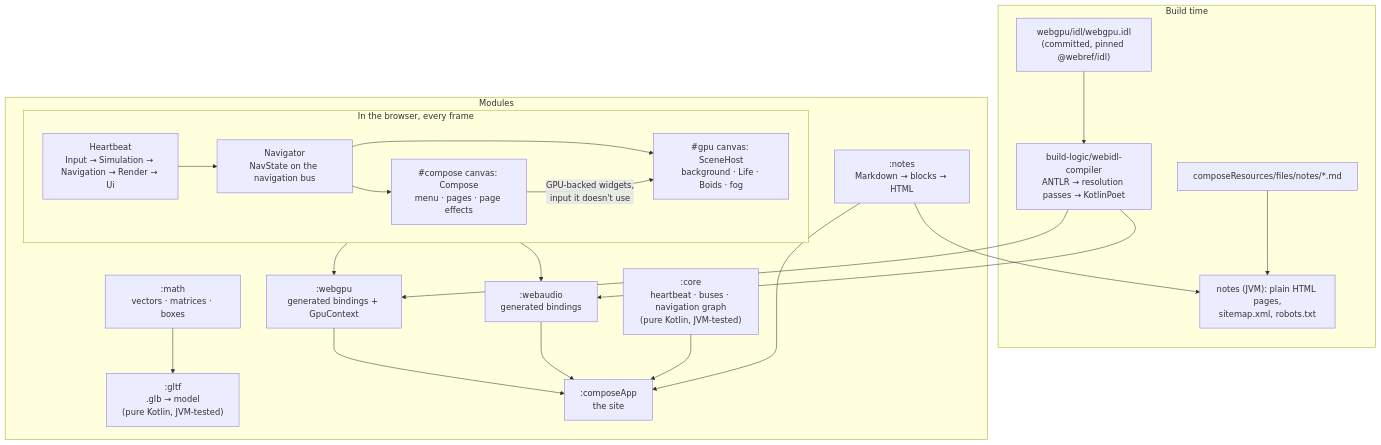
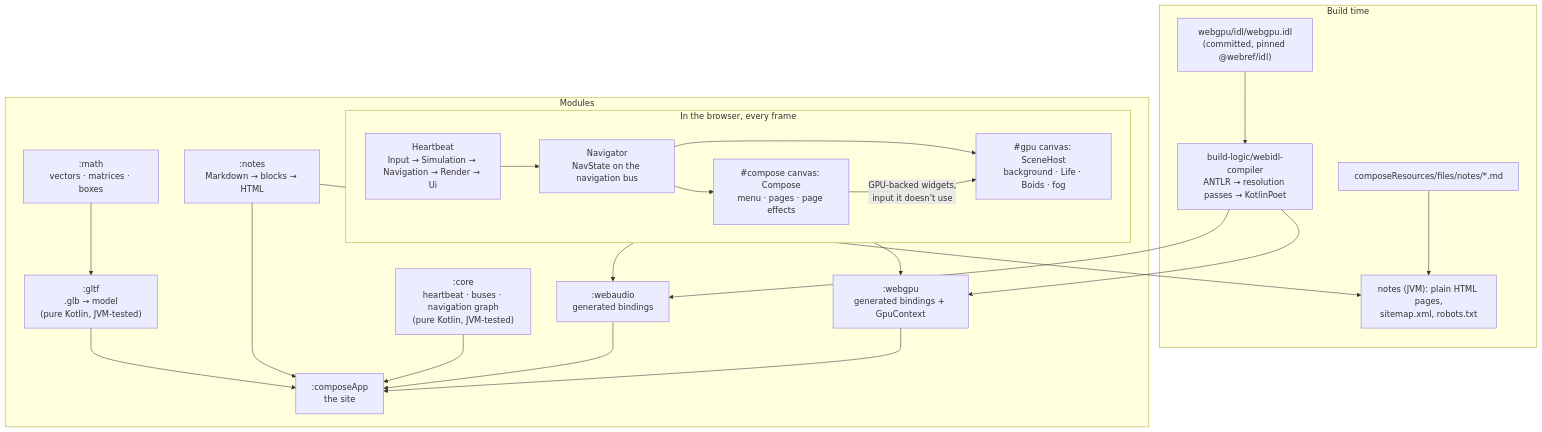
Before and after one commit to maximums/maximums.github.io: the diagram in README.md, drawn with Mermaid. The commit also changed 21 other files, not shown here.

````diff
--- a/README.md
+++ b/README.md
@@ -11,44 +11,45 @@
 ```mermaid
 flowchart TB
     subgraph build["Build time"]
         idl["webgpu/idl/webgpu.idl<br/>(committed, pinned @webref/idl)"]
         compiler["build-logic/webidl-compiler<br/>ANTLR → resolution passes → KotlinPoet"]
         md["composeResources/files/notes/*.md"]
         site["notes (JVM): plain HTML pages,<br/>sitemap.xml, robots.txt"]
         idl --> compiler
         md --> site
     end
 
     subgraph modules["Modules"]
         webgpu[":webgpu<br/>generated bindings + GpuContext"]
         webaudio[":webaudio<br/>generated bindings"]
         runtime[":webidl-runtime<br/>what generated code calls"]
         core[":core<br/>heartbeat · buses · navigation graph<br/>(pure Kotlin, JVM-tested)"]
         notes[":notes<br/>Markdown → blocks → HTML"]
         math[":math<br/>vectors · matrices · boxes"]
         gltf[":gltf<br/>.glb → model<br/>(pure Kotlin, JVM-tested)"]
         app[":composeApp<br/>the site"]
     end
 
     compiler --> webgpu
     compiler --> webaudio
     runtime --> webgpu
     runtime --> webaudio
     webgpu --> app
     webaudio --> app
     core --> app
     notes --> app
     notes --> site
     math --> gltf
+    gltf --> app
 
     subgraph runtime["In the browser, every frame"]
         heartbeat["Heartbeat<br/>Input → Simulation → Navigation → Render → Ui"]
         nav["Navigator<br/>NavState on the navigation bus"]
         gpu["#gpu canvas: SceneHost<br/>background · Life · Boids · fog"]
         ui["#compose canvas: Compose<br/>menu · pages · page effects"]
         heartbeat --> nav
         nav --> gpu
         nav --> ui
         ui -- "GPU-backed widgets,<br/>input it doesn't use" --> gpu
     end
 ```
````
